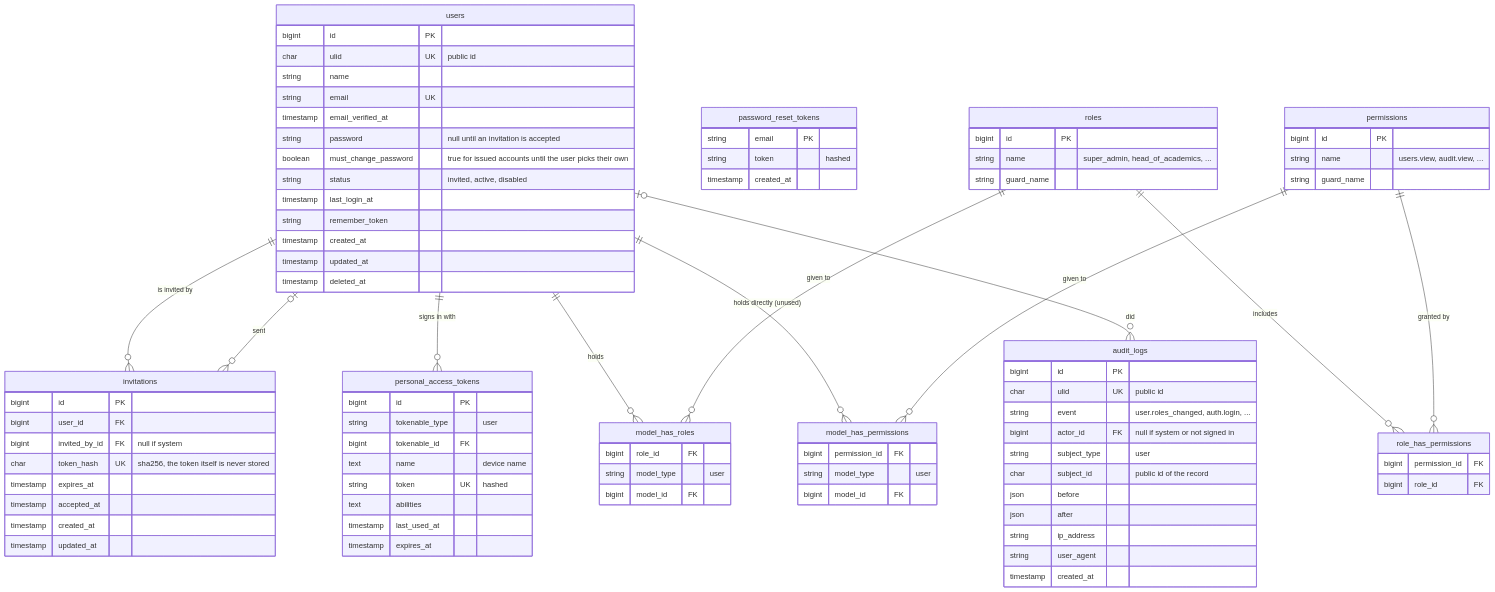
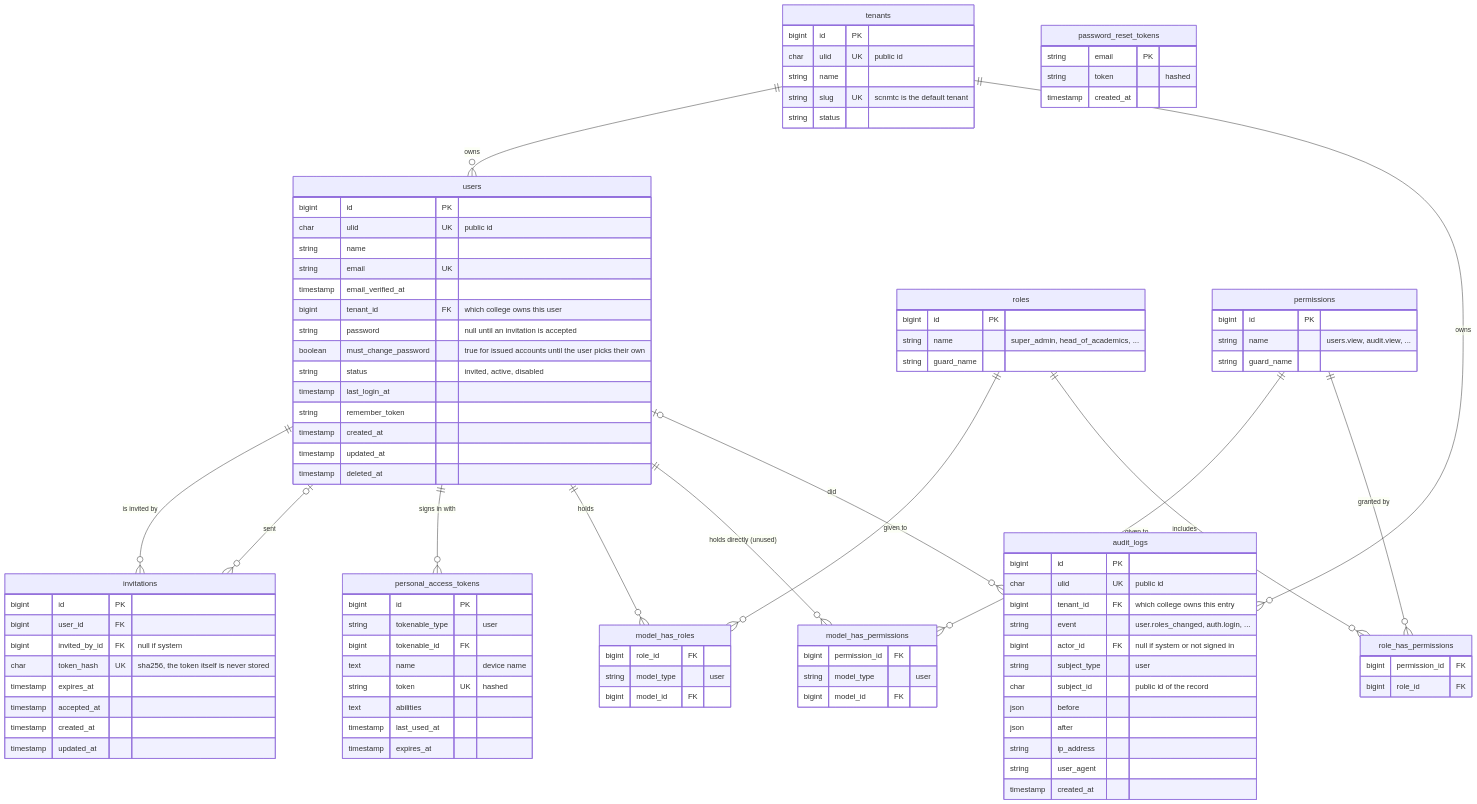
One commit to Iddrissmus/lems-backend changed the first of 3 diagrams in docs/erd.md. Above: the diagram before and after it, drawn with Mermaid. The commit also changed other lines of this file and 7 other files, not shown here.

Commit message:
Add ERD for Slice 0 and tenancy ADRs

````diff
--- a/docs/erd.md
+++ b/docs/erd.md
@@ -12,11 +15,20 @@
 ```mermaid
 erDiagram
+    tenants {
+        bigint id PK
+        char ulid UK "public id"
+        string name
+        string slug UK "scnmtc is the default tenant"
+        string status
+    }
+
     users {
         bigint id PK
         char ulid UK "public id"
         string name
         string email UK
         timestamp email_verified_at
+        bigint tenant_id FK "which college owns this user"
         string password "null until an invitation is accepted"
         boolean must_change_password "true for issued accounts until the user picks their own"
         string status "invited, active, disabled"
@@ -87,6 +99,7 @@
     audit_logs {
         bigint id PK
         char ulid UK "public id"
+        bigint tenant_id FK "which college owns this entry"
         string event "user.roles_changed, auth.login, ..."
         bigint actor_id FK "null if system or not signed in"
         string subject_type "user"
@@ -98,6 +111,8 @@
         timestamp created_at
     }
 
+    tenants ||--o{ users : "owns"
+    tenants ||--o{ audit_logs : "owns"
     users ||--o{ invitations : "is invited by"
     users |o--o{ invitations : "sent"
     users ||--o{ personal_access_tokens : "signs in with"
````
